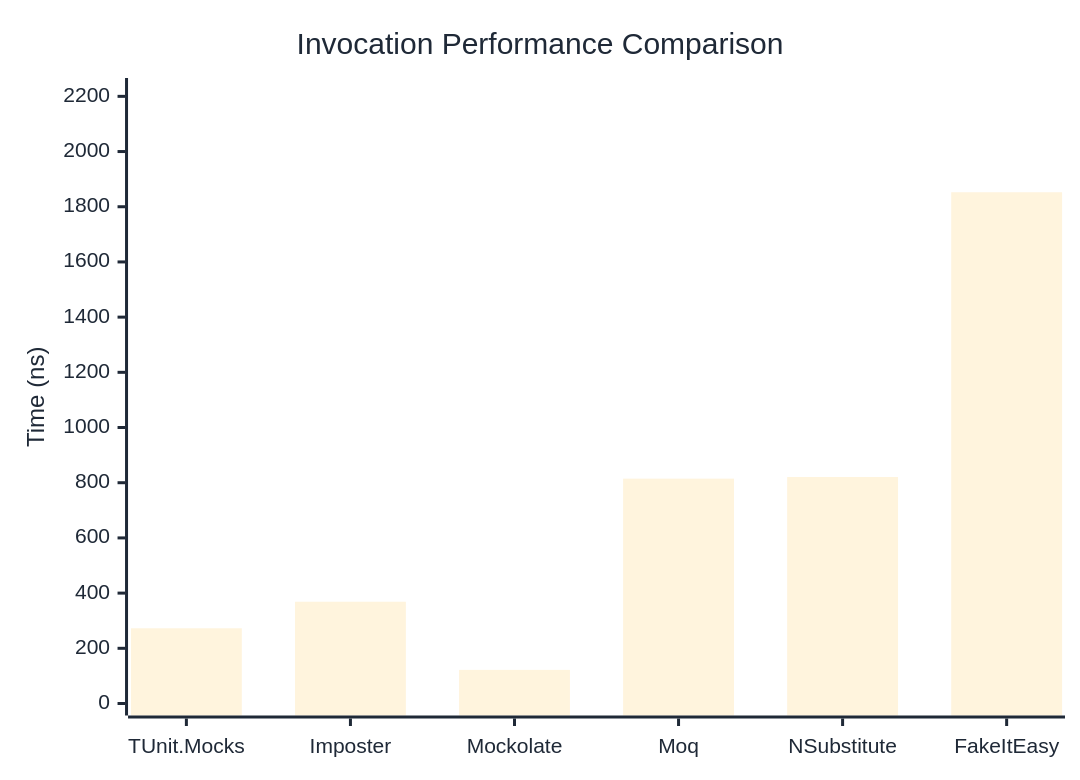
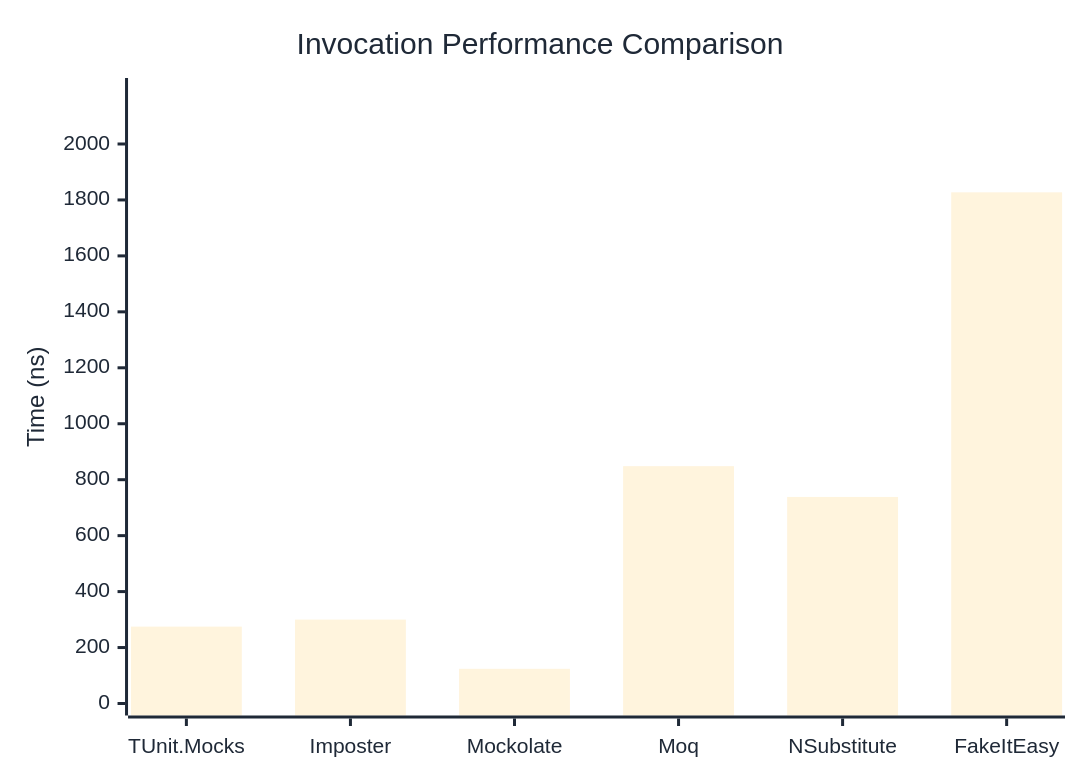
One commit to thomhurst/TUnit changed the first of 3 diagrams in docs/docs/benchmarks/mocks/Invocation.md. Above: the diagram before and after it, drawn with Mermaid. The commit also changed other lines of this file and 14 other files, not shown here.

````diff
--- a/docs/docs/benchmarks/mocks/Invocation.md
+++ b/docs/docs/benchmarks/mocks/Invocation.md
@@ -30,27 +30,27 @@
 ```mermaid
 %%{init: {
   'theme':'base',
   'themeVariables': {
     'primaryColor': '#2563eb',
     'primaryTextColor': '#1f2937',
     'primaryBorderColor': '#1e40af',
     'lineColor': '#6b7280',
     'secondaryColor': '#7c3aed',
     'tertiaryColor': '#dc2626',
     'background': '#ffffff',
     'pie1': '#2563eb',
     'pie2': '#7c3aed',
     'pie3': '#dc2626',
     'pie4': '#f59e0b',
     'pie5': '#10b981',
     'pie6': '#06b6d4',
     'pie7': '#ec4899',
     'pie8': '#6366f1'
   }
 }}%%
 xychart-beta
   title "Invocation Performance Comparison"
   x-axis ["TUnit.Mocks", "Imposter", "Mockolate", "Moq", "NSubstitute", "FakeItEasy"]
-  y-axis "Time (ns)" 0 --> 2223
-  bar [272.6, 368.7, 121.8, 814.8, 820.6, 1852.5]
+  y-axis "Time (ns)" 0 --> 2193
+  bar [274.8, 299.9, 124, 848.4, 738.4, 1827.2]
 ```
````
